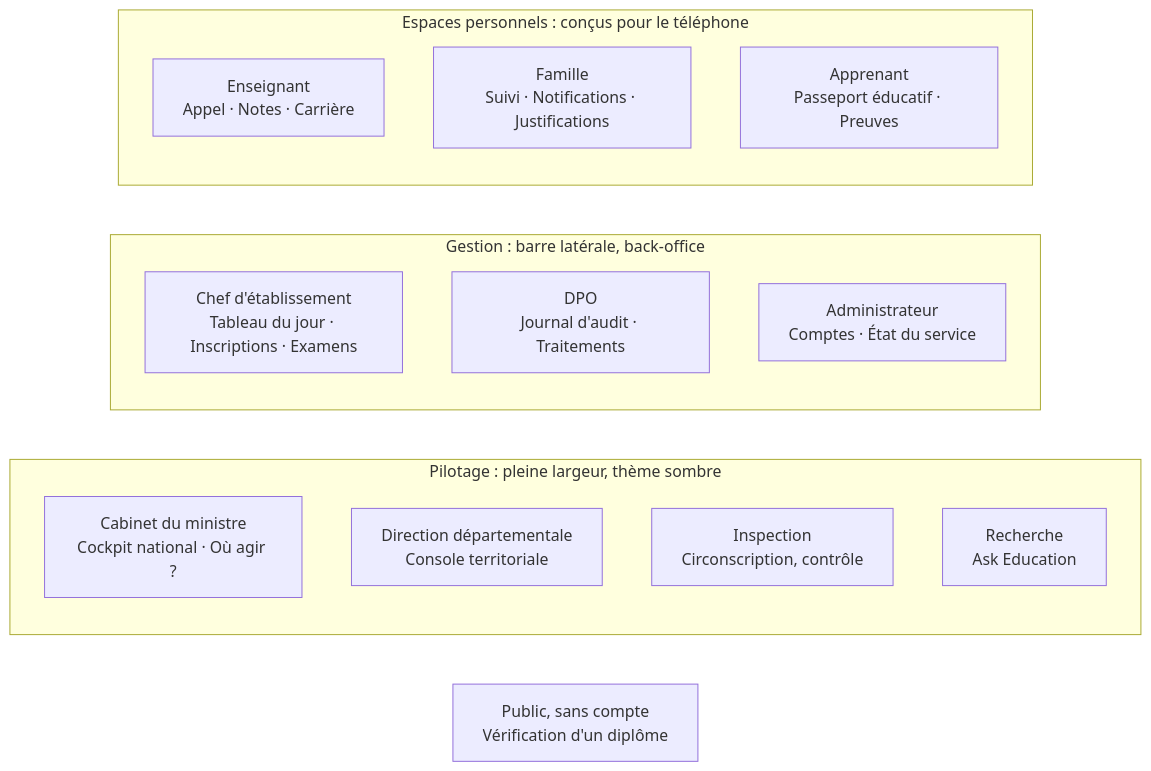
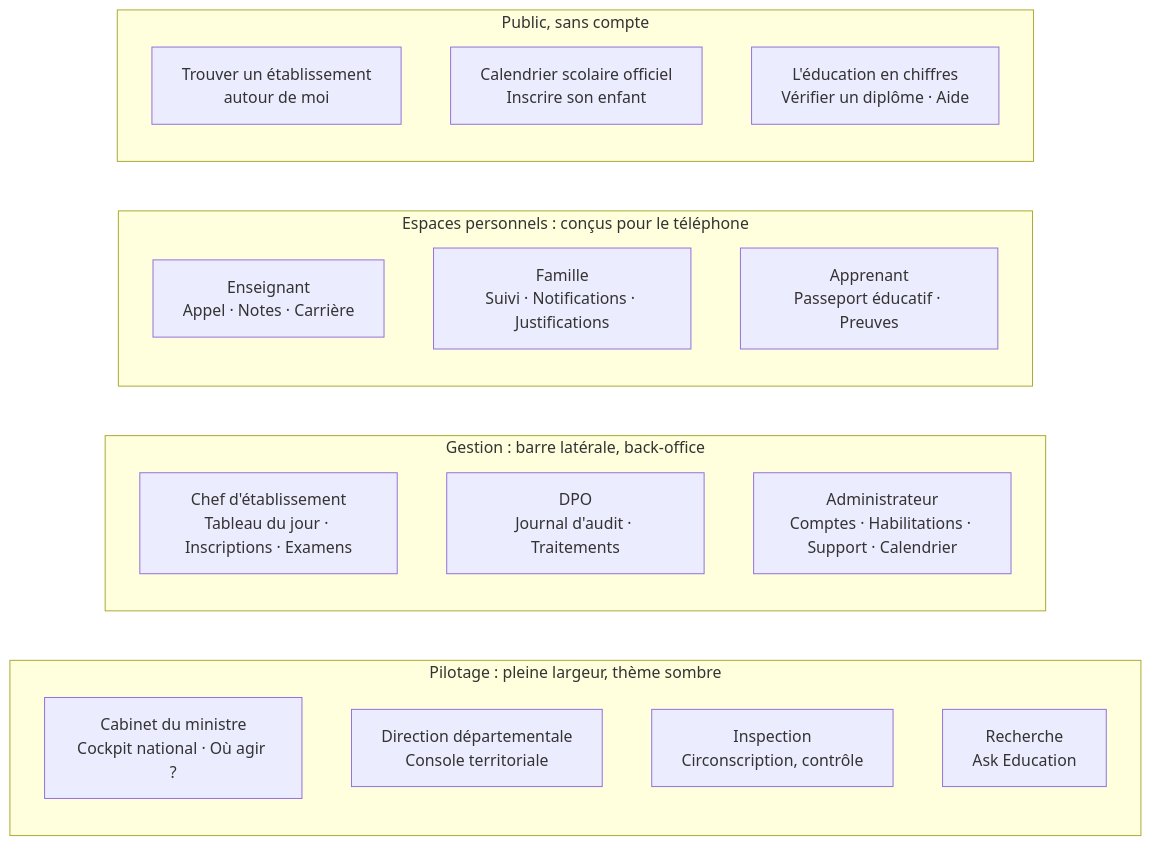
One commit to ahetansaid/EduTech changed the first of 8 diagrams in README.md. Above: the diagram before and after it, drawn with Mermaid. The commit also changed other lines of this file and 19 other files, not shown here.

First line of the commit message:
feat(calendrier): calendrier scolaire officiel 2026-2027, dynamique et géré par l'administration

````diff
--- a/README.md
+++ b/README.md
@@ -57,20 +59,24 @@
 ```mermaid
 flowchart LR
     subgraph Pilotage["Pilotage : pleine largeur, thème sombre"]
         C["Cabinet du ministre<br/>Cockpit national · Où agir ?"]
         D["Direction départementale<br/>Console territoriale"]
         I["Inspection<br/>Circonscription, contrôle"]
         R["Recherche<br/>Ask Education"]
     end
     subgraph Gestion["Gestion : barre latérale, back-office"]
         E["Chef d'établissement<br/>Tableau du jour · Inscriptions · Examens"]
         P["DPO<br/>Journal d'audit · Traitements"]
-        A["Administrateur<br/>Comptes · État du service"]
+        A["Administrateur<br/>Comptes · Habilitations · Support · Calendrier"]
     end
     subgraph Personnel["Espaces personnels : conçus pour le téléphone"]
         T["Enseignant<br/>Appel · Notes · Carrière"]
         F["Famille<br/>Suivi · Notifications · Justifications"]
         L["Apprenant<br/>Passeport éducatif · Preuves"]
     end
-    V["Public, sans compte<br/>Vérification d'un diplôme"]
+    subgraph Public["Public, sans compte"]
+        V1["Trouver un établissement<br/>autour de moi"]
+        V2["Calendrier scolaire officiel<br/>Inscrire son enfant"]
+        V3["L'éducation en chiffres<br/>Vérifier un diplôme · Aide"]
+    end
 ```
````
